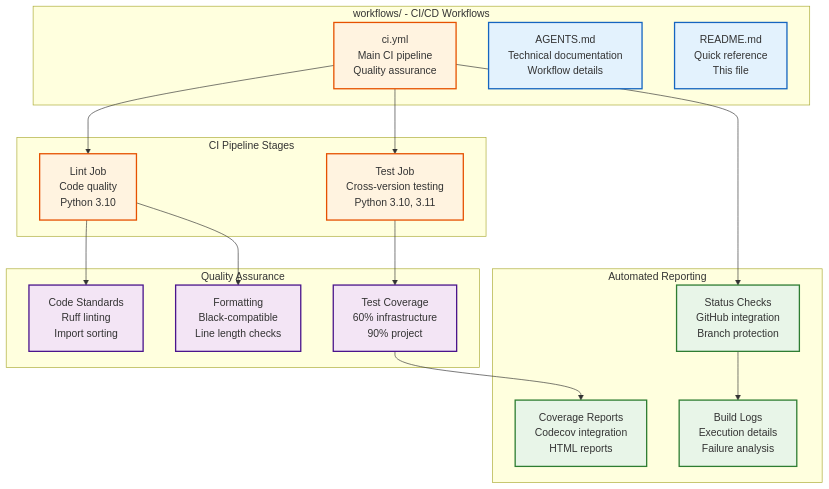
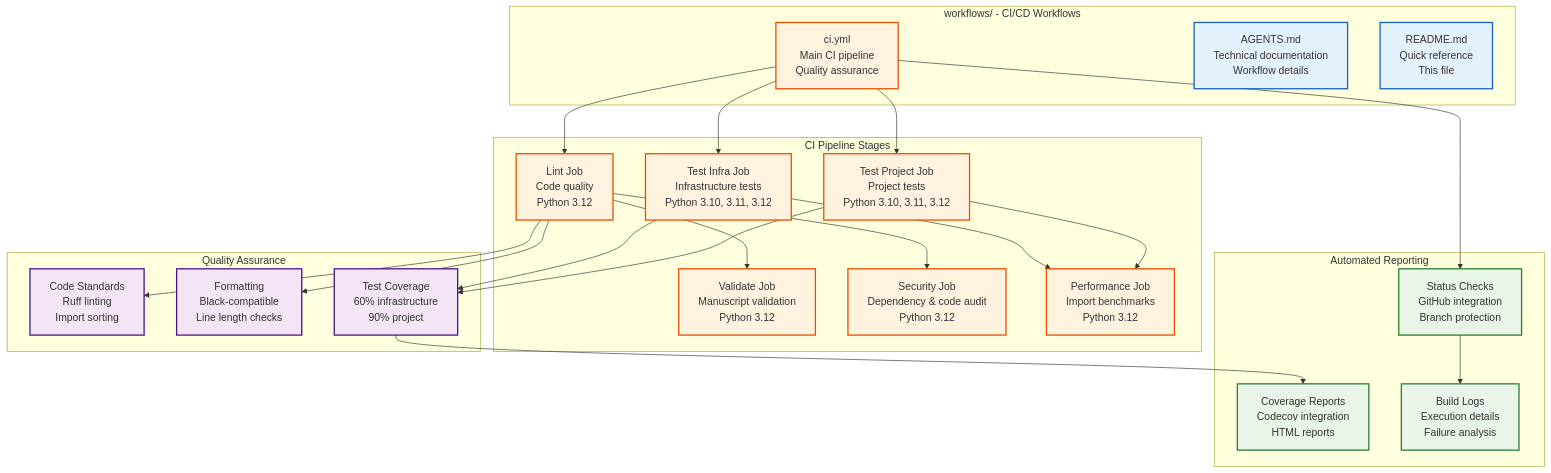
Before and after one commit to docxology/template: the diagram in .github/workflows/README.md, drawn with Mermaid. The commit also changed other lines of this file and 738 other files, not shown here.

````diff
--- a/.github/workflows/README.md
+++ b/.github/workflows/README.md
@@ -7,44 +7,54 @@
 ```mermaid
 graph TD
     subgraph Workflows["workflows/ - CI/CD Workflows"]
         CI[ci.yml<br/>Main CI pipeline<br/>Quality assurance]
         AGENTS[AGENTS.md<br/>Technical documentation<br/>Workflow details]
         README[README.md<br/>Quick reference<br/>This file]
     end
 
     subgraph Pipeline["CI Pipeline Stages"]
-        LINT[Lint Job<br/>Code quality<br/>Python 3.10]
-        TEST[Test Job<br/>Cross-version testing<br/>Python 3.10, 3.11]
+        LINT[Lint Job<br/>Code quality<br/>Python 3.12]
+        TESTINFRA[Test Infra Job<br/>Infrastructure tests<br/>Python 3.10, 3.11, 3.12]
+        TESTPROJ[Test Project Job<br/>Project tests<br/>Python 3.10, 3.11, 3.12]
+        VALIDATE[Validate Job<br/>Manuscript validation<br/>Python 3.12]
+        SECURITY[Security Job<br/>Dependency & code audit<br/>Python 3.12]
+        PERF[Performance Job<br/>Import benchmarks<br/>Python 3.12]
     end
 
     subgraph Quality["Quality Assurance"]
         CODE[Code Standards<br/>Ruff linting<br/>Import sorting]
         FORMAT[Formatting<br/>Black-compatible<br/>Line length checks]
         COVERAGE[Test Coverage<br/>60% infrastructure<br/>90% project]
     end
 
     subgraph Reporting["Automated Reporting"]
         STATUS[Status Checks<br/>GitHub integration<br/>Branch protection]
         COVERAGE_REPORT[Coverage Reports<br/>Codecov integration<br/>HTML reports]
         LOGS[Build Logs<br/>Execution details<br/>Failure analysis]
     end
 
     CI --> LINT
-    CI --> TEST
+    CI --> TESTINFRA
+    CI --> TESTPROJ
+    LINT --> VALIDATE
+    LINT --> SECURITY
+    TESTINFRA --> PERF
+    TESTPROJ --> PERF
     LINT --> CODE
     LINT --> FORMAT
-    TEST --> COVERAGE
+    TESTINFRA --> COVERAGE
+    TESTPROJ --> COVERAGE
     COVERAGE --> COVERAGE_REPORT
     CI --> STATUS
     STATUS --> LOGS
 
     classDef docs fill:#e3f2fd,stroke:#1565c0,stroke-width:2px
     classDef pipeline fill:#fff3e0,stroke:#e65100,stroke-width:2px
     classDef quality fill:#f3e5f5,stroke:#4a148c,stroke-width:2px
     classDef reporting fill:#e8f5e8,stroke:#2e7d32,stroke-width:2px
 
     class AGENTS,README docs
-    class CI,LINT,TEST pipeline
+    class CI,LINT,TESTINFRA,TESTPROJ,VALIDATE,SECURITY,PERF pipeline
     class CODE,FORMAT,COVERAGE quality
     class STATUS,COVERAGE_REPORT,LOGS reporting
 ```
````
